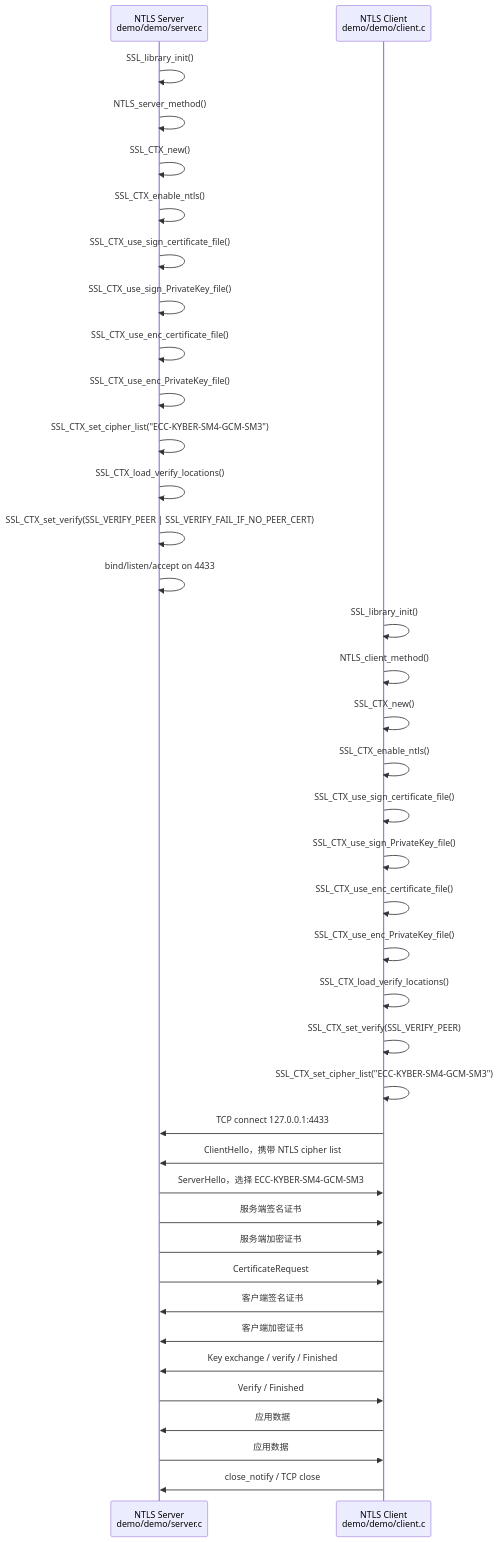
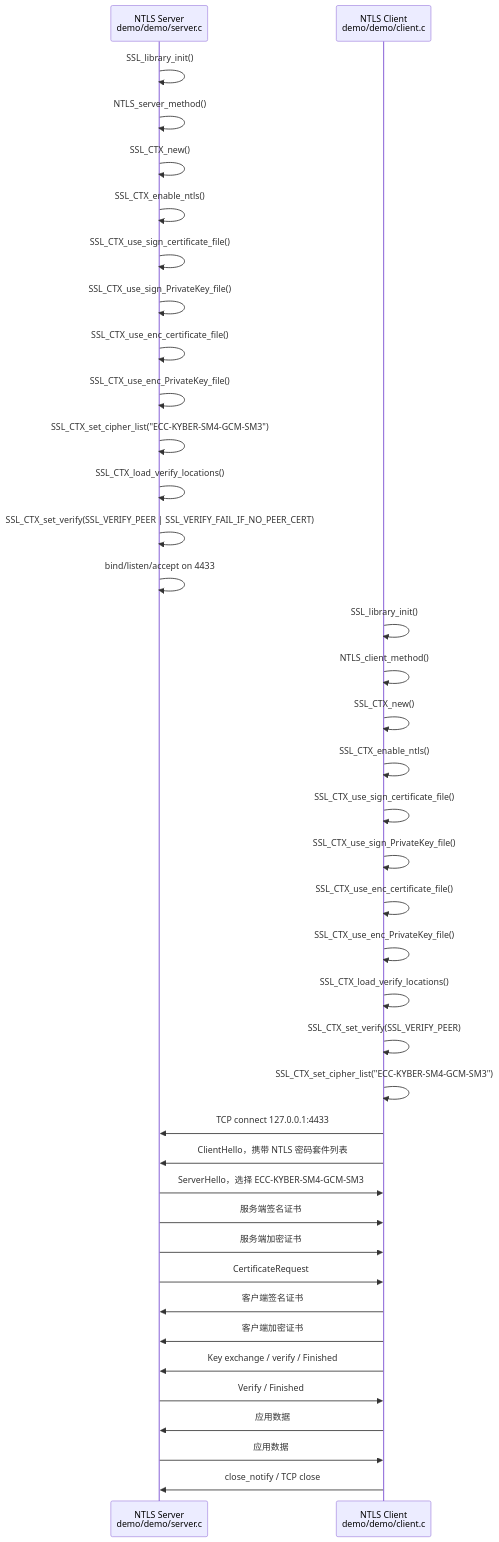
The second of 5 diagrams in docs/04_NTLS_TLS_COMMUNICATION_STATE_MACHINE.md (haabbcc/tlcpMonoRepo-work), drawn with Mermaid before and after one commit. The commit also changed 10 other files, not shown here.

````diff
--- a/docs/04_NTLS_TLS_COMMUNICATION_STATE_MACHINE.md
+++ b/docs/04_NTLS_TLS_COMMUNICATION_STATE_MACHINE.md
@@ -35,44 +35,44 @@
 ```mermaid
 sequenceDiagram
     participant S as NTLS Server<br/>demo/demo/server.c
     participant C as NTLS Client<br/>demo/demo/client.c
 
     S->>S: SSL_library_init()
     S->>S: NTLS_server_method()
     S->>S: SSL_CTX_new()
     S->>S: SSL_CTX_enable_ntls()
     S->>S: SSL_CTX_use_sign_certificate_file()
     S->>S: SSL_CTX_use_sign_PrivateKey_file()
     S->>S: SSL_CTX_use_enc_certificate_file()
     S->>S: SSL_CTX_use_enc_PrivateKey_file()
     S->>S: SSL_CTX_set_cipher_list("ECC-KYBER-SM4-GCM-SM3")
     S->>S: SSL_CTX_load_verify_locations()
     S->>S: SSL_CTX_set_verify(SSL_VERIFY_PEER | SSL_VERIFY_FAIL_IF_NO_PEER_CERT)
     S->>S: bind/listen/accept on 4433
 
     C->>C: SSL_library_init()
     C->>C: NTLS_client_method()
     C->>C: SSL_CTX_new()
     C->>C: SSL_CTX_enable_ntls()
     C->>C: SSL_CTX_use_sign_certificate_file()
     C->>C: SSL_CTX_use_sign_PrivateKey_file()
     C->>C: SSL_CTX_use_enc_certificate_file()
     C->>C: SSL_CTX_use_enc_PrivateKey_file()
     C->>C: SSL_CTX_load_verify_locations()
     C->>C: SSL_CTX_set_verify(SSL_VERIFY_PEER)
     C->>C: SSL_CTX_set_cipher_list("ECC-KYBER-SM4-GCM-SM3")
 
     C->>S: TCP connect 127.0.0.1:4433
-    C->>S: ClientHello，携带 NTLS cipher list
+    C->>S: ClientHello，携带 NTLS 密码套件列表
     S->>C: ServerHello，选择 ECC-KYBER-SM4-GCM-SM3
     S->>C: 服务端签名证书
     S->>C: 服务端加密证书
     S->>C: CertificateRequest
     C->>S: 客户端签名证书
     C->>S: 客户端加密证书
     C->>S: Key exchange / verify / Finished
     S->>C: Verify / Finished
     C->>S: 应用数据
     S->>C: 应用数据
     C->>S: close_notify / TCP close
 ```
````
